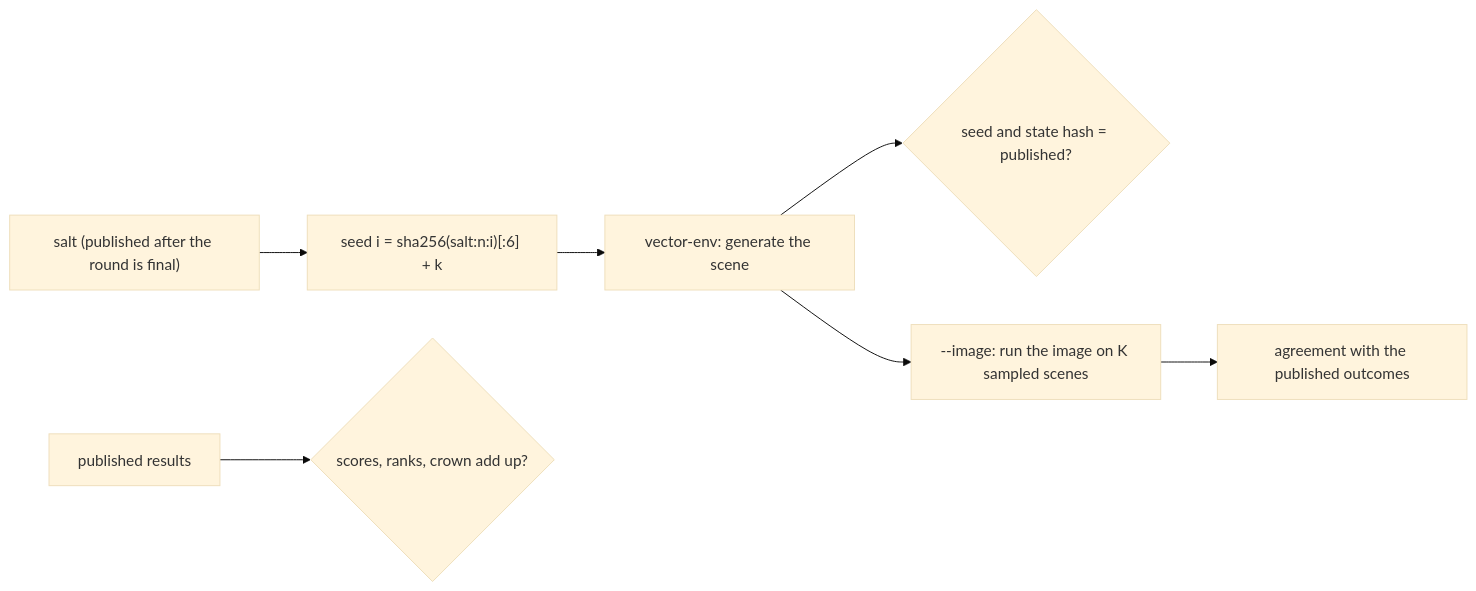
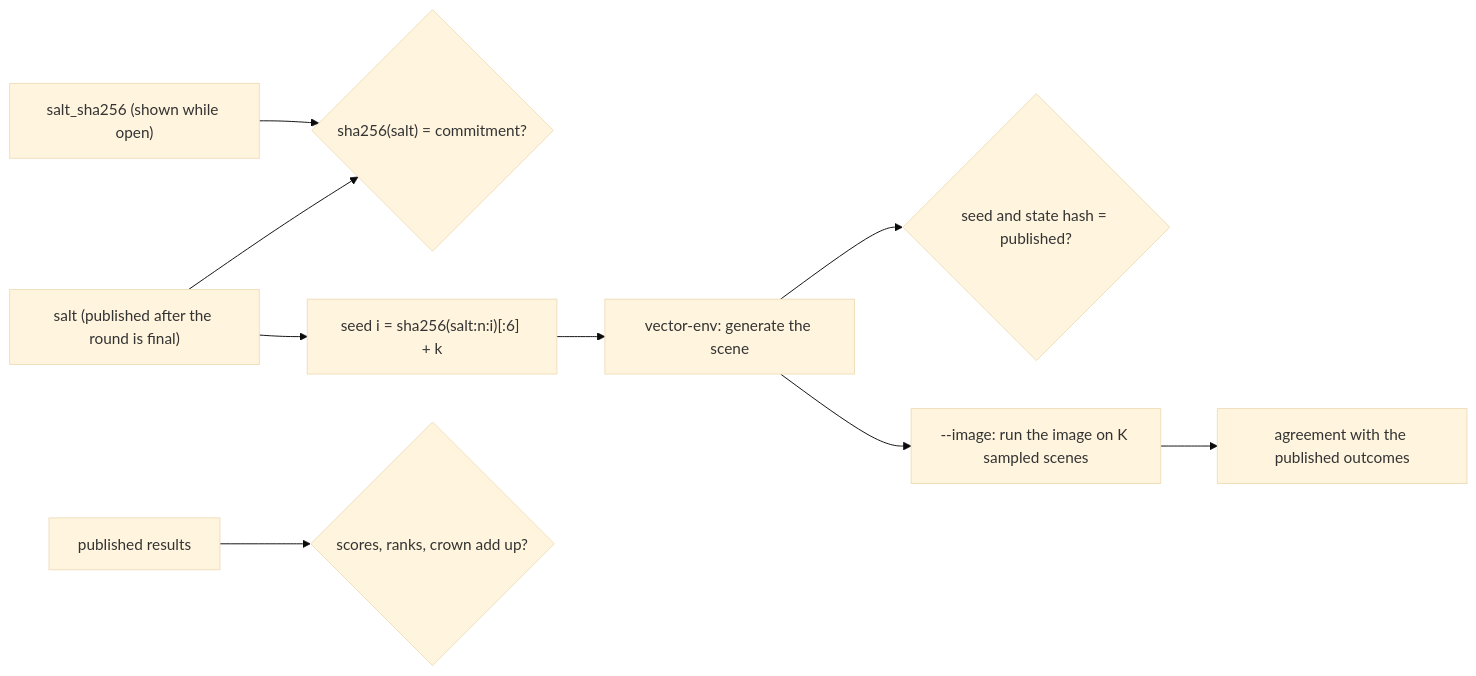
Before and after one commit to robotensor/vector-miner: the second of 2 diagrams in README.md, drawn with Mermaid (base theme). The commit also changed other lines of this file and 4 other files, not shown here.

Commit message:
verify: salt commitment, skipped and unfinished rounds, safer parsing

````diff
--- a/README.md
+++ b/README.md
@@ -119,9 +120,11 @@
 ```mermaid
 flowchart LR
-  S["salt (published after the round is final)"] --> SD["seed i = sha256(salt:n:i)[:6] + k"]
+  CM["salt_sha256 (shown while open)"] --> CK{"sha256(salt) = commitment?"}
+  S["salt (published after the round is final)"] --> CK
+  S --> SD["seed i = sha256(salt:n:i)[:6] + k"]
   SD --> G["vector-env: generate the scene"]
   G --> H{"seed and state hash = published?"}
   D["published results"] --> C{"scores, ranks, crown add up?"}
   G --> R["--image: run the image on K sampled scenes"]
   R --> A["agreement with the published outcomes"]
 ```
````
